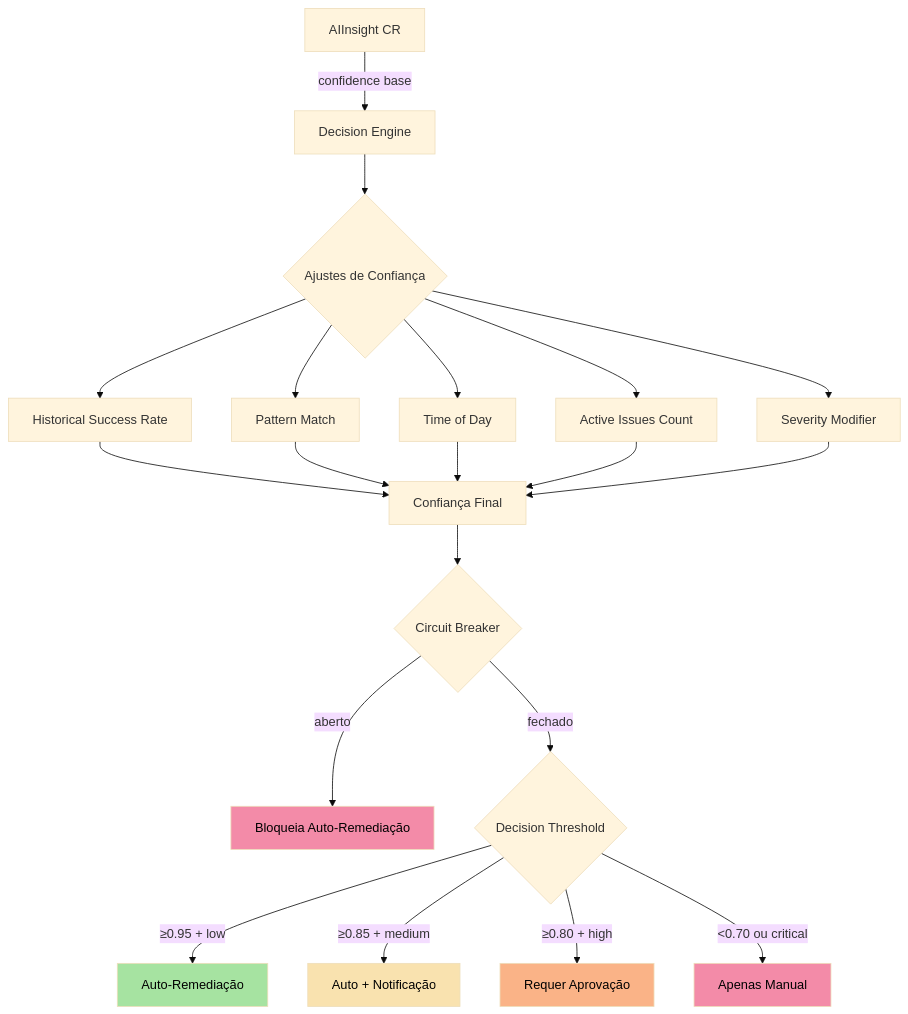
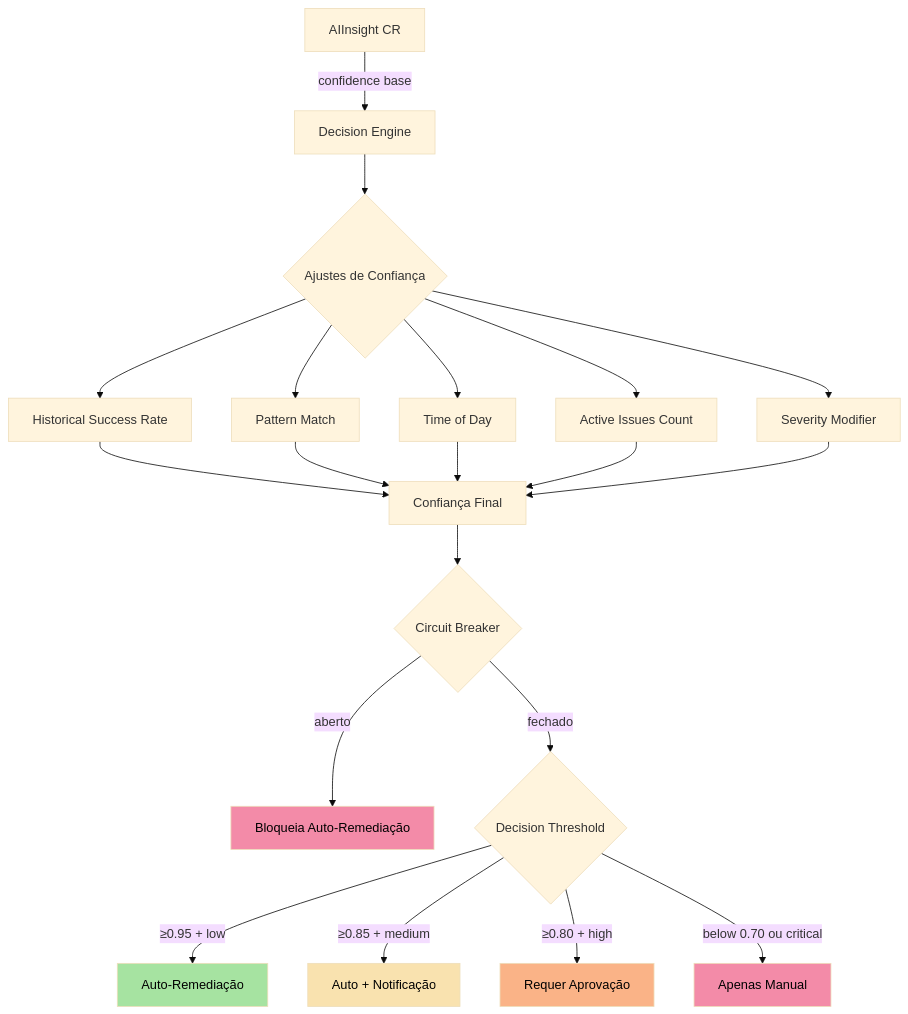
One commit to diillson/chatcli.ai changed the first of 2 diagrams in features/aiops/decision-engine.mdx. Above: the diagram before and after it, drawn with Mermaid (base theme). The commit also changed other lines of this file and 7 other files, not shown here.

````diff
--- a/features/aiops/decision-engine.mdx
+++ b/features/aiops/decision-engine.mdx
@@ -20,24 +20,24 @@
 ```mermaid
 flowchart TD
     A[AIInsight CR] -->|confidence base| B[Decision Engine]
     B --> C{Ajustes de Confiança}
     C --> D[Historical Success Rate]
     C --> E[Pattern Match]
     C --> F[Time of Day]
     C --> G[Active Issues Count]
     C --> H[Severity Modifier]
     D & E & F & G & H --> I[Confiança Final]
     I --> J{Circuit Breaker}
     J -->|aberto| K[Bloqueia Auto-Remediação]
     J -->|fechado| L{Decision Threshold}
     L -->|≥0.95 + low| M[Auto-Remediação]
     L -->|≥0.85 + medium| N[Auto + Notificação]
     L -->|≥0.80 + high| O[Requer Aprovação]
-    L -->|<0.70 ou critical| P[Apenas Manual]
+    L -->|below 0.70 ou critical| P[Apenas Manual]
 
     style M fill:#a6e3a1,color:#000
     style N fill:#f9e2af,color:#000
     style O fill:#fab387,color:#000
     style P fill:#f38ba8,color:#000
     style K fill:#f38ba8,color:#000
 ```
````
